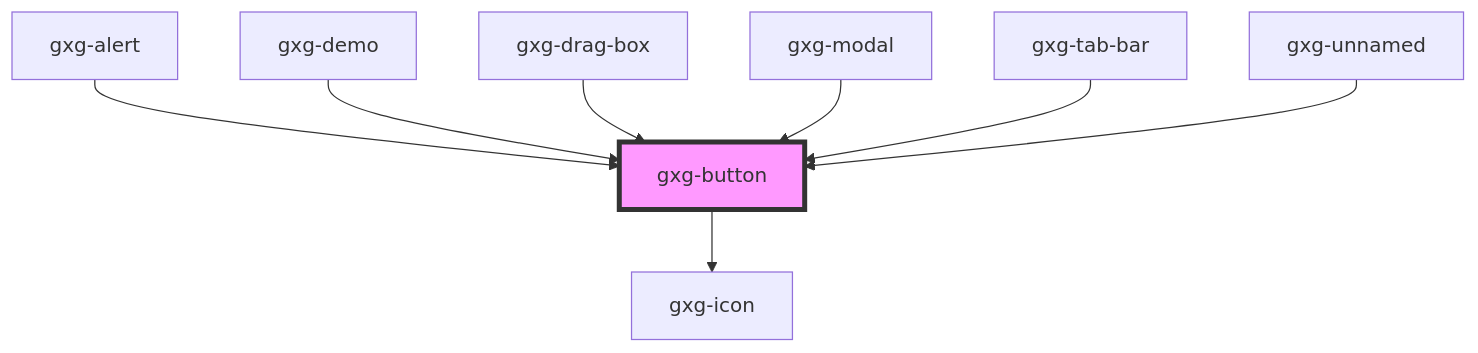
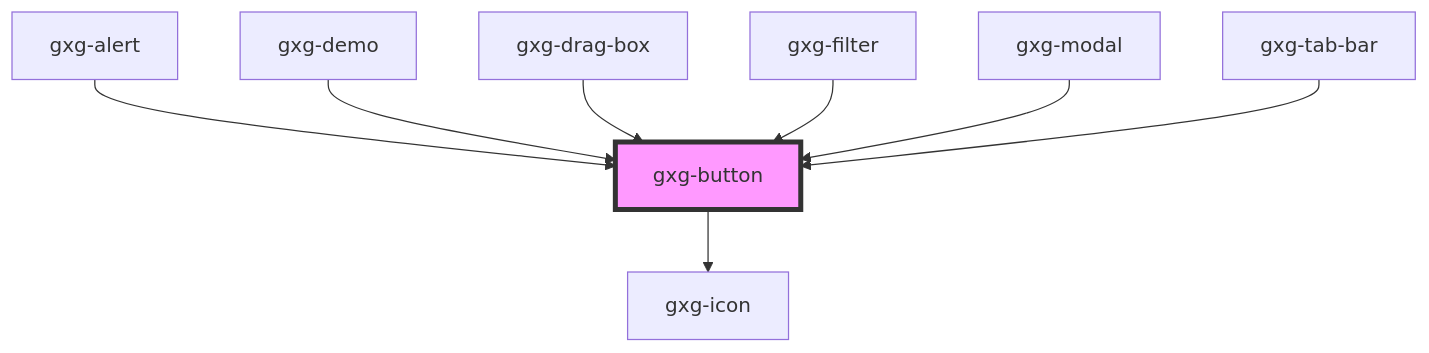
Before and after one commit to genexuslabs/gemini: the diagram in src/components/button/readme.md, drawn with Mermaid. The commit also changed other lines of this file and 13 other files, not shown here.

````diff
--- a/src/components/button/readme.md
+++ b/src/components/button/readme.md
@@ -34,11 +34,11 @@
 ```mermaid
 graph TD;
   gxg-button --> gxg-icon
   gxg-alert --> gxg-button
   gxg-demo --> gxg-button
   gxg-drag-box --> gxg-button
+  gxg-filter --> gxg-button
   gxg-modal --> gxg-button
   gxg-tab-bar --> gxg-button
-  gxg-unnamed --> gxg-button
   style gxg-button fill:#f9f,stroke:#333,stroke-width:4px
 ```
````
